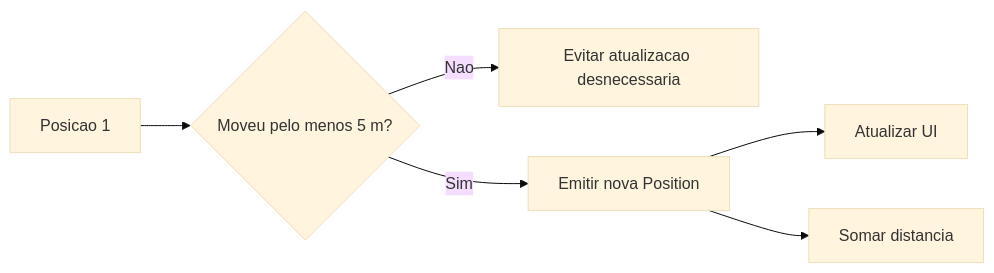
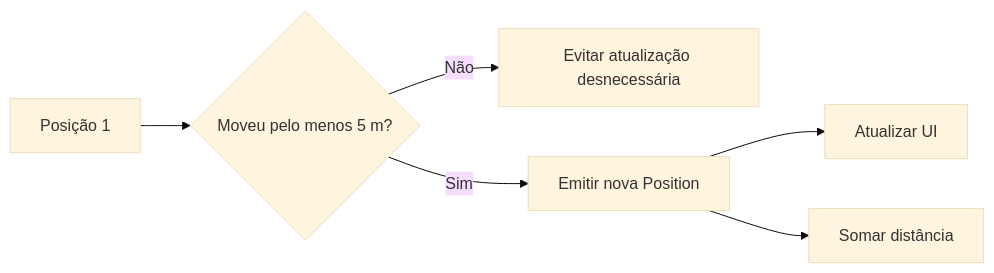
The tenth of 13 diagrams in courses/2026-1-DS-Prog-Aplicativos-Mobile-II-Novotec-Noturno/aulas/aula-12.md (prof-gustavo-villalta/self), drawn with Mermaid (base theme) before and after one commit. The commit also changed other lines of this file and 6 other files, not shown here.

````diff
--- a/courses/2026-1-DS-Prog-Aplicativos-Mobile-II-Novotec-Noturno/aulas/aula-12.md
+++ b/courses/2026-1-DS-Prog-Aplicativos-Mobile-II-Novotec-Noturno/aulas/aula-12.md
@@ -859,8 +859,8 @@
 ```mermaid
 flowchart LR
-    A[Posicao 1] --> B{Moveu pelo menos 5 m?}
-    B -->|Nao| C[Evitar atualizacao desnecessaria]
+    A[Posição 1] --> B{Moveu pelo menos 5 m?}
+    B -->|Não| C[Evitar atualização desnecessária]
     B -->|Sim| D[Emitir nova Position]
     D --> E[Atualizar UI]
-    D --> F[Somar distancia]
+    D --> F[Somar distância]
 ```
````
